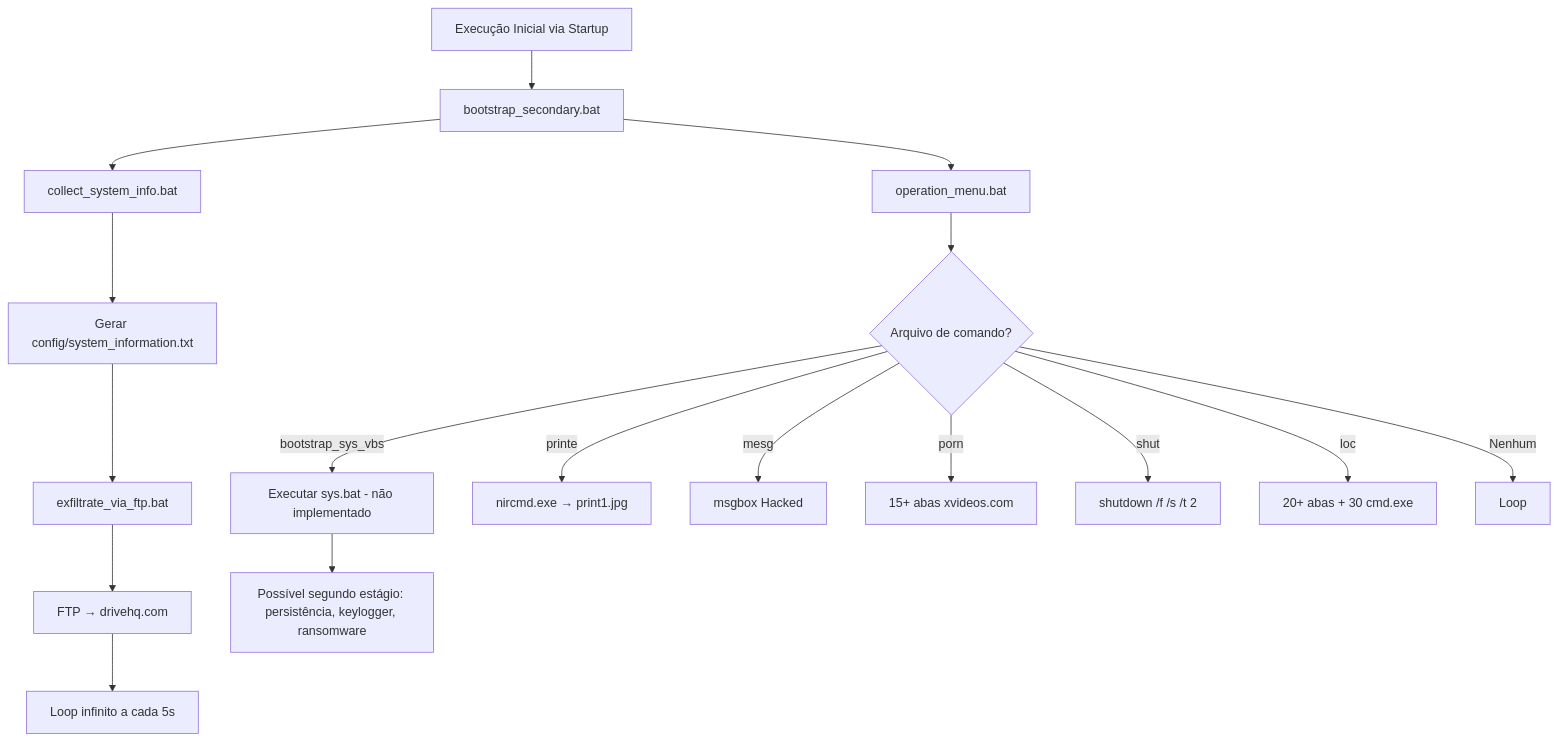
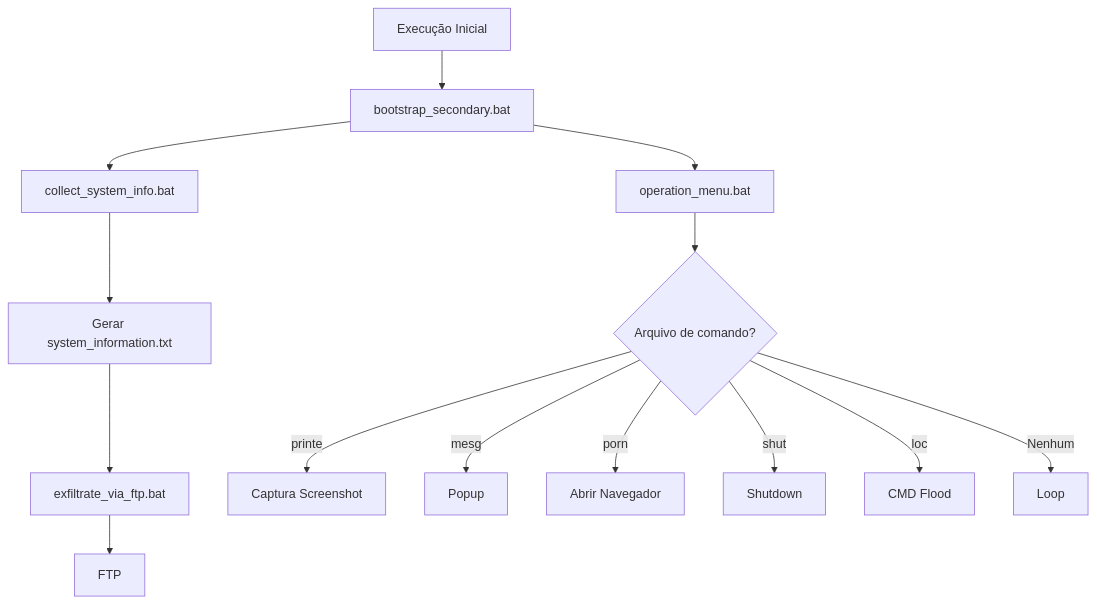
The diagram in README.md (panda12332145/ShadowNetInfostealer), drawn with Mermaid before and after one commit. The commit also changed other lines of this file, not shown here.

````diff
--- a/README.md
+++ b/README.md
@@ -156,19 +248,16 @@
 ```mermaid
 graph TD
-    A[Execução Inicial via Startup] --> B[bootstrap_secondary.bat]
+    A[Execução Inicial] --> B[bootstrap_secondary.bat]
     B --> C[collect_system_info.bat]
-    C --> D[Gerar config/system_information.txt]
+    C --> D[Gerar system_information.txt]
     D --> E[exfiltrate_via_ftp.bat]
-    E --> F[FTP → drivehq.com]
+    E --> F[FTP]
     B --> G[operation_menu.bat]
     G --> H{Arquivo de comando?}
-    H -->|bootstrap_sys_vbs| I[Executar sys.bat - não implementado]
-    H -->|printe| J[nircmd.exe → print1.jpg]
-    H -->|mesg| K[msgbox Hacked]
-    H -->|porn| L[15+ abas xvideos.com]
-    H -->|shut| M[shutdown /f /s /t 2]
-    H -->|loc| N[20+ abas + 30 cmd.exe]
-    H -->|Nenhum| O[Loop]
-    F --> P[Loop infinito a cada 5s]
-    I --> Q[Possível segundo estágio: persistência, keylogger, ransomware]
+    H -->|printe| I[Captura Screenshot]
+    H -->|mesg| J[Popup]
+    H -->|porn| K[Abrir Navegador]
+    H -->|shut| L[Shutdown]
+    H -->|loc| M[CMD Flood]
+    H -->|Nenhum| N[Loop]
 ```
````
